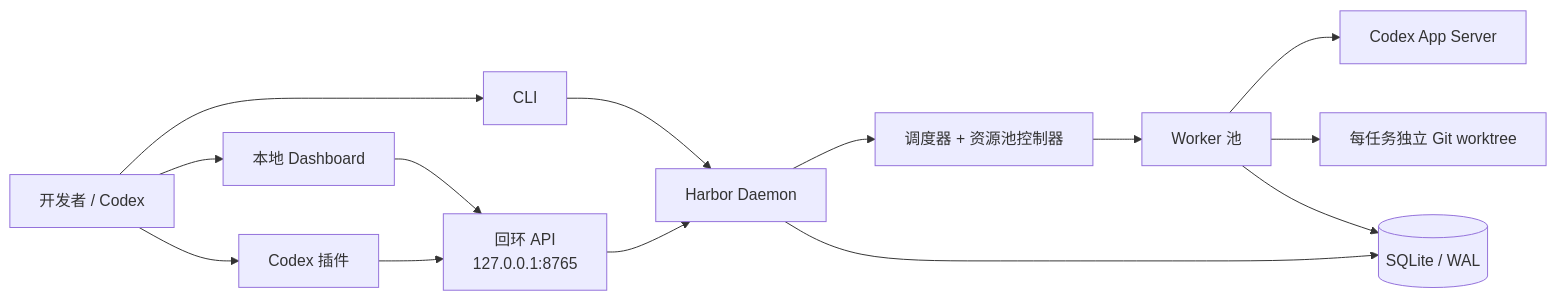
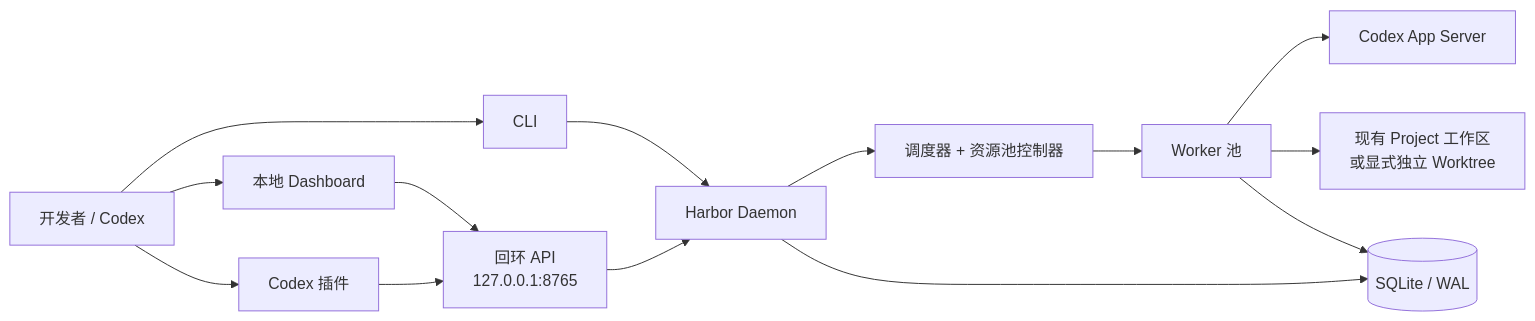
The first of 3 diagrams in README.zh-CN.md (Colin-Cai0318/codex-harbor), drawn with Mermaid before and after one commit. The commit also changed other lines of this file and 22 other files, not shown here.

````diff
--- a/README.zh-CN.md
+++ b/README.zh-CN.md
@@ -64,16 +64,16 @@
 ```mermaid
 flowchart LR
     U[开发者 / Codex] --> CLI[CLI]
     U --> UI[本地 Dashboard]
     U --> PL[Codex 插件]
     UI --> API[回环 API<br/>127.0.0.1:8765]
     PL --> API
     CLI --> D[Harbor Daemon]
     API --> D
     D --> S[调度器 + 资源池控制器]
     S --> W[Worker 池]
     W --> AS[Codex App Server]
-    W --> WT[每任务独立 Git worktree]
+    W --> WS[现有 Project 工作区<br/>或显式独立 Worktree]
     D --> DB[(SQLite / WAL)]
     W --> DB
 ```
````
